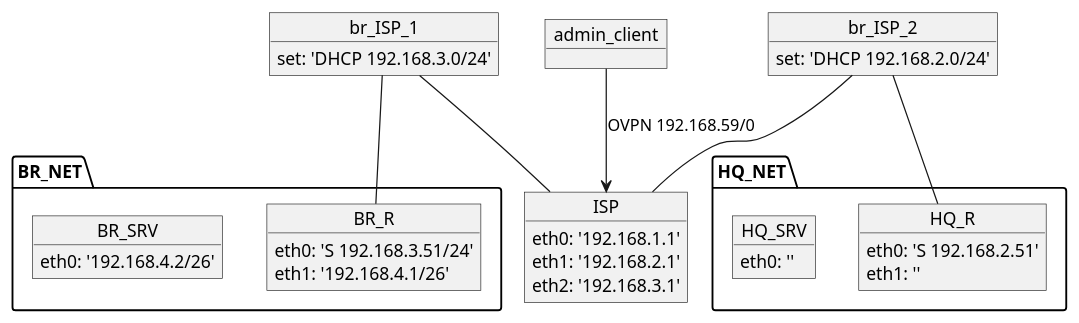
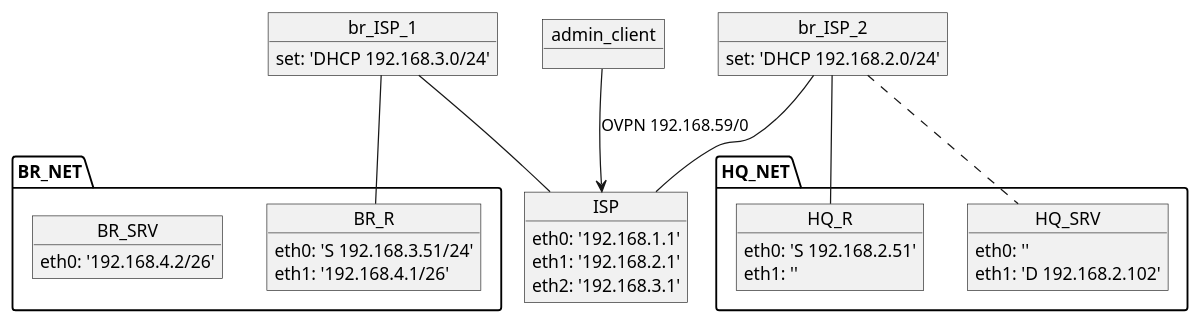
One commit to Lubavaaaaaaaaaaaaaa/work changed the diagram in net.puml. Above: the diagram before and after it, drawn with PlantUML.

```diff
--- a/net.puml
+++ b/net.puml
@@ -1,47 +1,49 @@
 @startuml
 
 package HQ_NET {
 
     object HQ_R {
         eth0: 'S 192.168.2.51'
         eth1: ''
     }
     object HQ_SRV {
         eth0: ''
+        eth1: 'D 192.168.2.102'
     }
 
 }
 package BR_NET {
     object BR_R {
         eth0: 'S 192.168.3.51/24'
         eth1: '192.168.4.1/26'
     }
     object BR_SRV {
         eth0: '192.168.4.2/26'
     }
 }
 
 object ISP {
         eth0: '192.168.1.1'
         eth1: '192.168.2.1'
         eth2: '192.168.3.1'
     }
 object admin_client
 
 object br_ISP_1 {
     set: 'DHCP 192.168.3.0/24'
 }
 
 object br_ISP_2 {
     set: 'DHCP 192.168.2.0/24'
 }
 
 br_ISP_1 -- ISP 
 br_ISP_2 -- ISP
 
 br_ISP_1 -- BR_R
 br_ISP_2 -- HQ_R
+br_ISP_2 .. HQ_SRV
 
 admin_client --> ISP : OVPN 192.168.59/0
 
 @enduml
```
